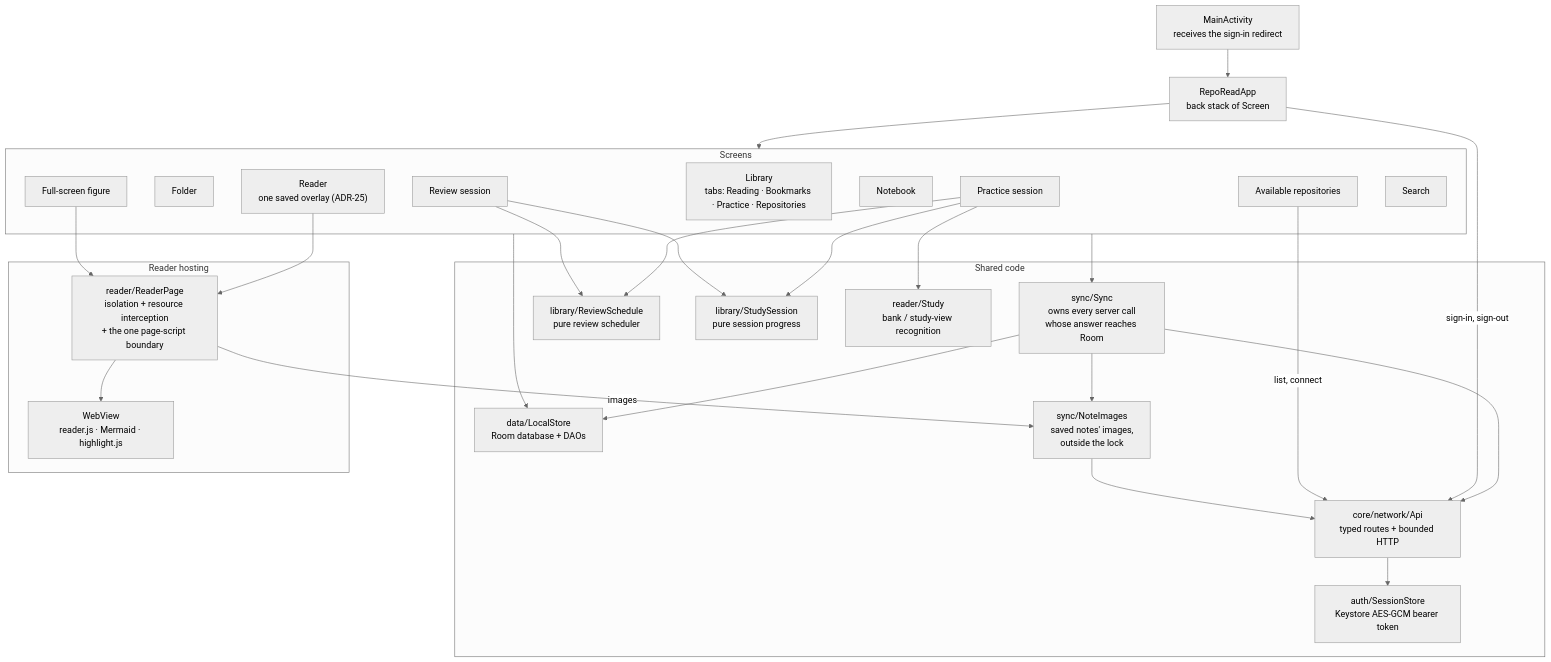
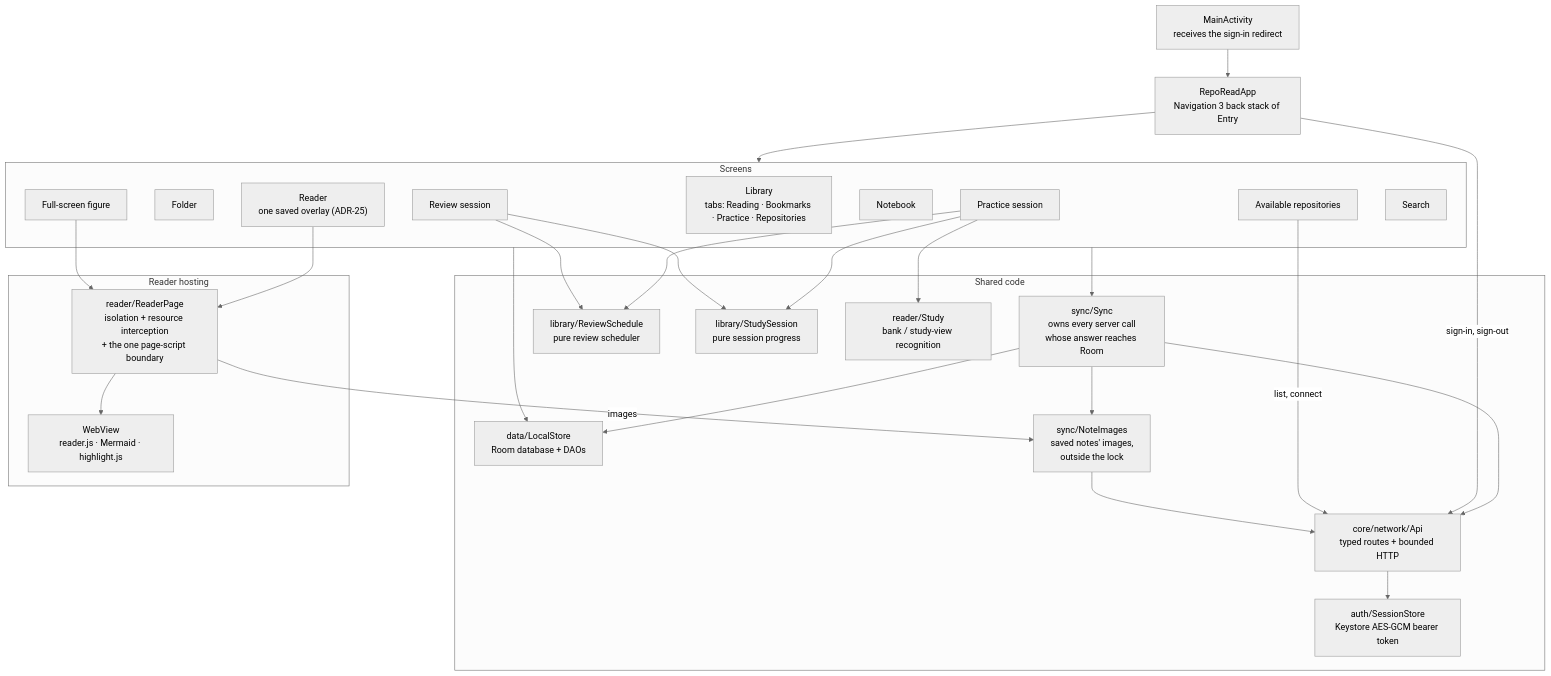
The fifth of 12 diagrams in docs/architecture.md (jaxwong/reporead), drawn with Mermaid (neutral theme) before and after one commit. The commit also changed other lines of this file and 4 other files, not shown here.

````diff
--- a/docs/architecture.md
+++ b/docs/architecture.md
@@ -270,54 +270,54 @@
 ```mermaid
 flowchart TB
     Main["MainActivity<br/>receives the sign-in redirect"]
-    App["RepoReadApp<br/>back stack of Screen"]
+    App["RepoReadApp<br/>Navigation 3 back stack of Entry"]
     Main --> App
 
     subgraph Screens["Screens"]
         Library["Library<br/>tabs: Reading · Bookmarks · Practice · Repositories"]
         Folder["Folder"]
         Available["Available repositories"]
         Reader["Reader<br/>one saved overlay (ADR-25)"]
         Figure["Full-screen figure"]
         Notebook["Notebook"]
         Practice["Practice session"]
         Review["Review session"]
         Search["Search"]
     end
     App --> Screens
 
     subgraph Core["Shared code"]
         Sync["sync/Sync<br/>owns every server call<br/>whose answer reaches Room"]
         Store["data/LocalStore<br/>Room database + DAOs"]
         Api["core/network/Api<br/>typed routes + bounded HTTP"]
         Images["sync/NoteImages<br/>saved notes' images,<br/>outside the lock"]
         Session["auth/SessionStore<br/>Keystore AES-GCM bearer token"]
         Sched["library/ReviewSchedule<br/>pure review scheduler"]
         StudyS["library/StudySession<br/>pure session progress"]
         StudyK["reader/Study<br/>bank / study-view recognition"]
     end
 
     subgraph ReaderHost["Reader hosting"]
         Page["reader/ReaderPage<br/>isolation + resource interception<br/>+ the one page-script boundary"]
         WebV["WebView<br/>reader.js · Mermaid · highlight.js"]
         Page --> WebV
     end
 
     Screens --> Sync
     Screens --> Store
     Practice --> StudyK
     Practice --> Sched
     Review --> Sched
     Practice --> StudyS
     Review --> StudyS
     Reader --> Page
     Figure --> Page
     Sync --> Api
     App -- "sign-in, sign-out" --> Api
     Available -- "list, connect" --> Api
     Sync --> Store
     Api --> Session
     Page -- "images" --> Images
     Sync --> Images
     Images --> Api
 ```
````
